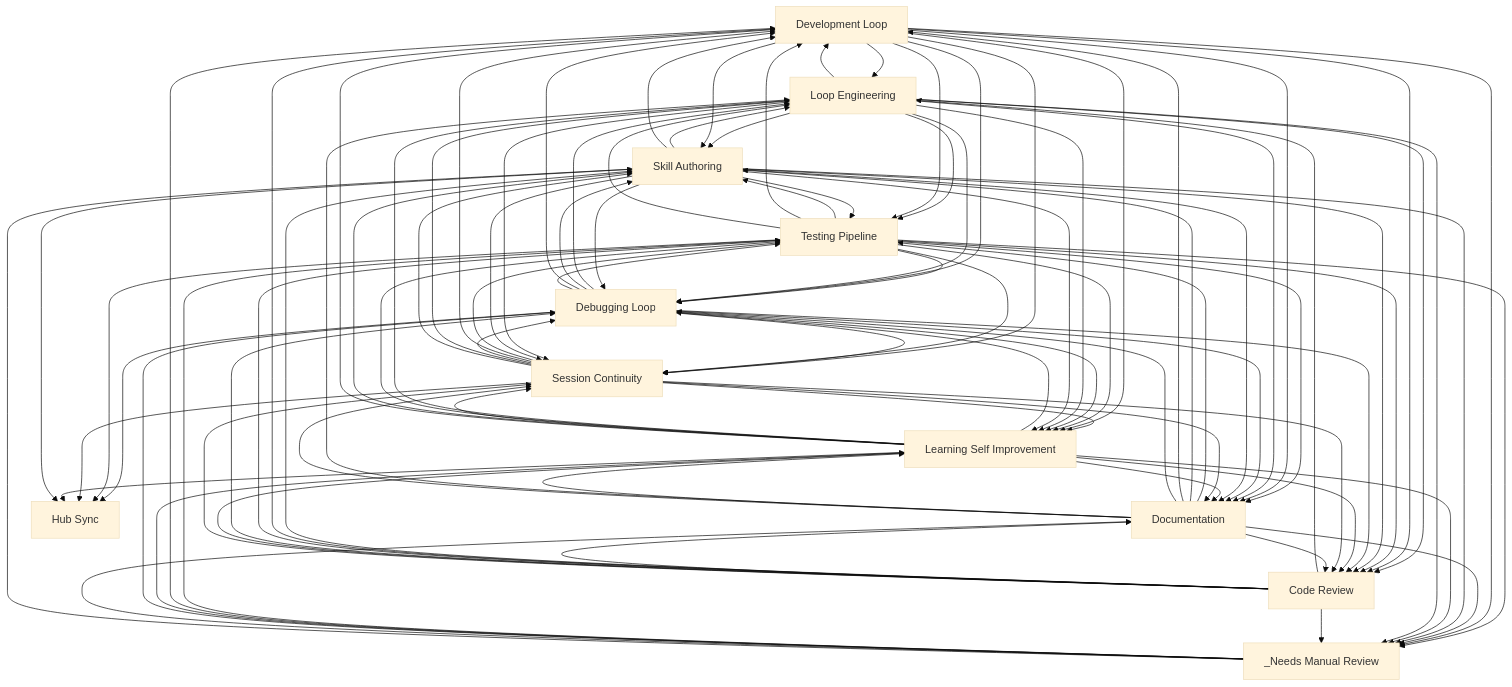
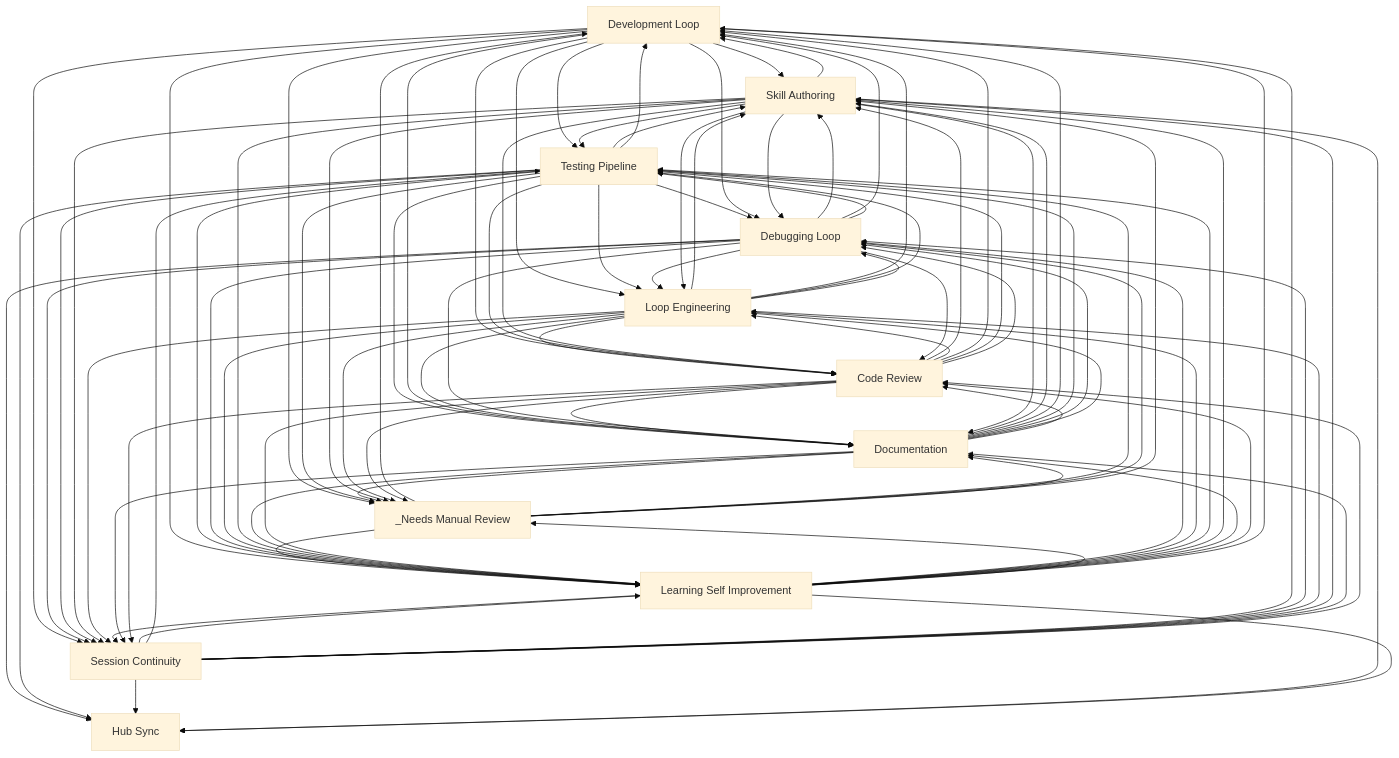
The diagram in docs/workflows/INDEX.md (abhayla/claude-best-practices), drawn with Mermaid (base theme) before and after one commit. The commit also changed other lines of this file and 14 other files, not shown here.

````diff
--- a/docs/workflows/INDEX.md
+++ b/docs/workflows/INDEX.md
@@ -33,29 +33,29 @@
     documentation[Documentation]
     hub_sync[Hub Sync]
     _needs_manual_review[_Needs Manual Review]
+    code_review --> skill_authoring
     code_review --> loop_engineering
-    code_review --> skill_authoring
     code_review --> development_loop
     code_review --> testing_pipeline
     loop_engineering --> skill_authoring
+    loop_engineering --> code_review
     loop_engineering --> development_loop
     loop_engineering --> testing_pipeline
-    loop_engineering --> code_review
+    development_loop --> skill_authoring
+    development_loop --> code_review
     development_loop --> loop_engineering
-    development_loop --> skill_authoring
     development_loop --> testing_pipeline
-    development_loop --> code_review
     skill_authoring --> testing_pipeline
     testing_pipeline --> skill_authoring
+    _needs_manual_review --> development_loop
     _needs_manual_review --> testing_pipeline
-    _needs_manual_review --> development_loop
     testing_pipeline --> development_loop
     testing_pipeline --> debugging_loop
     testing_pipeline --> loop_engineering
     testing_pipeline --> documentation
     testing_pipeline --> code_review
+    debugging_loop --> skill_authoring
     debugging_loop --> loop_engineering
-    debugging_loop --> skill_authoring
     debugging_loop --> development_loop
     debugging_loop --> testing_pipeline
     development_loop --> debugging_loop
@@ -64,11 +64,11 @@
     skill_authoring --> code_review
     skill_authoring --> loop_engineering
     skill_authoring --> development_loop
-    documentation --> testing_pipeline
     documentation --> skill_authoring
     documentation --> development_loop
+    documentation --> testing_pipeline
+    development_loop --> _needs_manual_review
     testing_pipeline --> _needs_manual_review
-    development_loop --> _needs_manual_review
     code_review --> documentation
     session_continuity --> learning_self_improvement
     session_continuity --> testing_pipeline
@@ -77,40 +77,40 @@
     _needs_manual_review --> learning_self_improvement
     testing_pipeline --> learning_self_improvement
     loop_engineering --> debugging_loop
+    debugging_loop --> session_continuity
     debugging_loop --> hub_sync
-    debugging_loop --> session_continuity
+    testing_pipeline --> session_continuity
     testing_pipeline --> hub_sync
-    testing_pipeline --> session_continuity
     debugging_loop --> documentation
     debugging_loop --> code_review
     session_continuity --> development_loop
     session_continuity --> debugging_loop
     session_continuity --> loop_engineering
+    skill_authoring --> session_continuity
     loop_engineering --> session_continuity
-    skill_authoring --> session_continuity
     skill_authoring --> debugging_loop
     _needs_manual_review --> debugging_loop
     debugging_loop --> learning_self_improvement
     skill_authoring --> documentation
+    _needs_manual_review --> skill_authoring
     _needs_manual_review --> documentation
-    _needs_manual_review --> skill_authoring
     documentation --> _needs_manual_review
+    learning_self_improvement --> session_continuity
     learning_self_improvement --> debugging_loop
     learning_self_improvement --> loop_engineering
     learning_self_improvement --> testing_pipeline
-    learning_self_improvement --> session_continuity
     learning_self_improvement --> skill_authoring
     learning_self_improvement --> documentation
+    learning_self_improvement --> code_review
     learning_self_improvement --> development_loop
-    learning_self_improvement --> code_review
     skill_authoring --> _needs_manual_review
+    session_continuity --> skill_authoring
     session_continuity --> hub_sync
-    session_continuity --> skill_authoring
     session_continuity --> documentation
     session_continuity --> code_review
     learning_self_improvement --> _needs_manual_review
+    skill_authoring --> hub_sync
     learning_self_improvement --> hub_sync
-    skill_authoring --> hub_sync
     loop_engineering --> learning_self_improvement
     loop_engineering --> _needs_manual_review
     documentation --> debugging_loop
@@ -118,9 +118,9 @@
     code_review --> debugging_loop
     skill_authoring --> learning_self_improvement
     documentation --> code_review
+    documentation --> session_continuity
     documentation --> learning_self_improvement
-    documentation --> session_continuity
+    code_review --> session_continuity
     code_review --> learning_self_improvement
-    code_review --> session_continuity
     code_review --> _needs_manual_review
 ```
````
